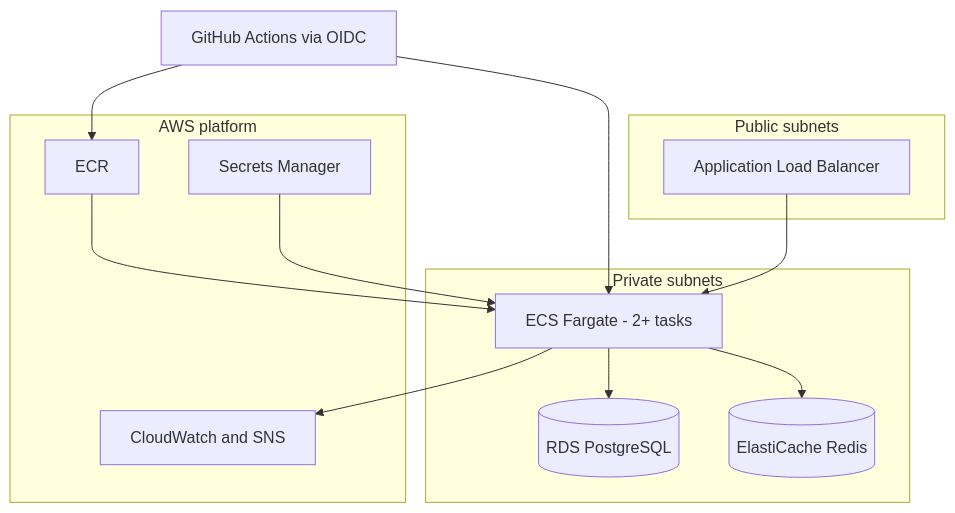
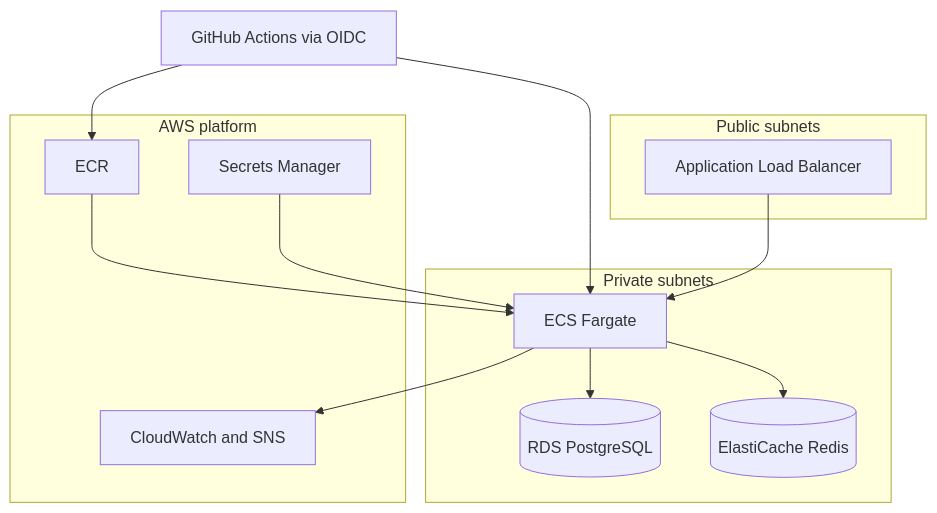
One commit to xsaadahmed/authforge changed the diagram in README.md. Above: the diagram before and after it, drawn with Mermaid. The commit also changed 1 other file, not shown here.

Commit message:
Fix README Mermaid diagram rendering on GitHub.

````diff
--- a/README.md
+++ b/README.md
@@ -9,27 +9,24 @@
 ```mermaid
-flowchart TB
-  subgraph public [Public subnets]
-    ALB[Application Load Balancer]
-  end
-
-  subgraph private [Private subnets]
-    ECS[ECS Fargate - 2+ tasks]
-    RDS[(RDS PostgreSQL)]
-    Redis[(ElastiCache Redis)]
-  end
-
-  subgraph aws [AWS platform]
-    ECR[ECR]
-    SM[Secrets Manager]
-    CW[CloudWatch and SNS]
-  end
-
-  GH[GitHub Actions via OIDC] --> ECR
-  GH --> ECS
-  ECR --> ECS
-  SM --> ECS
-  ALB --> ECS
-  ECS --> RDS
-  ECS --> Redis
-  ECS --> CW
+graph TB
+    subgraph pub["Public subnets"]
+        ALB["Application Load Balancer"]
+    end
+    subgraph priv["Private subnets"]
+        ECS["ECS Fargate"]
+        RDS[("RDS PostgreSQL")]
+        CACHE[("ElastiCache Redis")]
+    end
+    subgraph plat["AWS platform"]
+        ECR["ECR"]
+        SM["Secrets Manager"]
+        CW["CloudWatch and SNS"]
+    end
+    GH["GitHub Actions via OIDC"] --> ECR
+    GH --> ECS
+    ECR --> ECS
+    SM --> ECS
+    ALB --> ECS
+    ECS --> RDS
+    ECS --> CACHE
+    ECS --> CW
 ```
````
